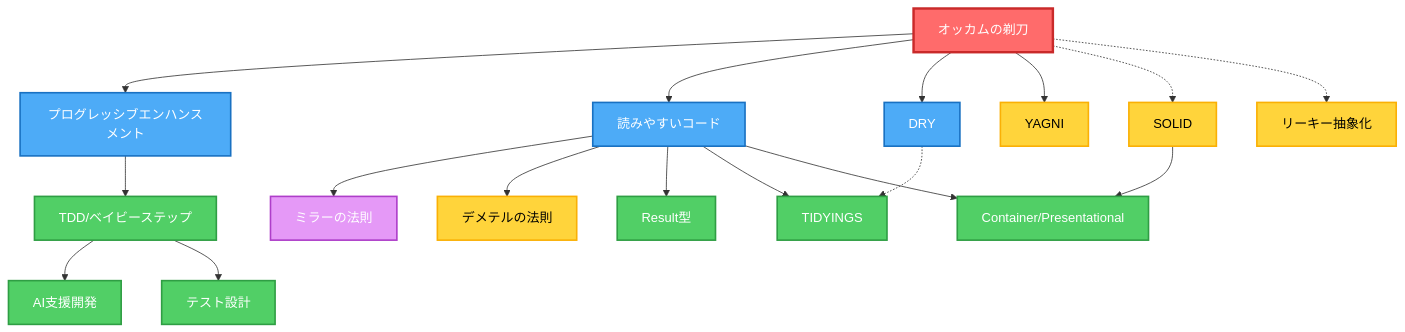
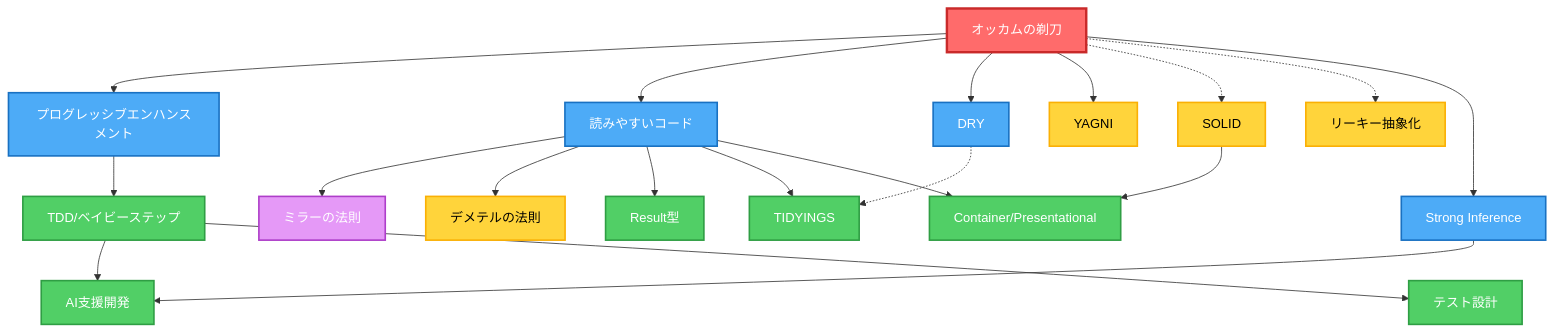
The diagram in .ja/rules/PRINCIPLES.md (thkt/dotclaude), drawn with Mermaid before and after one commit. The commit also changed other lines of this file and 9 other files, not shown here.

First line of the commit message:
feat(principles): integrate Strong Inference into commands, rules, and debug protocol

````diff
--- a/.ja/rules/PRINCIPLES.md
+++ b/.ja/rules/PRINCIPLES.md
@@ -23,47 +24,50 @@
 ```mermaid
 graph TD
     %% === ノード定義（階層別） ===
     OR[オッカムの剃刀]
     PE[プログレッシブエンハンスメント]
     RC[読みやすいコード]
     DRY[DRY]
     YAGNI[YAGNI]
     SOLID[SOLID]
     LA[リーキー抽象化]
     ML[ミラーの法則]
     LoD[デメテルの法則]
     TDD[TDD/ベイビーステップ]
     CP[Container/Presentational]
     TIDY[TIDYINGS]
     AI[AI支援開発]
     TD[テスト設計]
     RT[Result型]
+    SI[Strong Inference]
 
     %% === エッジ（オッカムの剃刀から） ===
     OR --> PE & RC & DRY
     OR --> YAGNI
     OR -.-> SOLID & LA
+    OR --> SI
 
     %% === エッジ（普遍的原則から） ===
     RC --> ML & LoD
     PE --> TDD
     RC --> RT & TIDY & CP
     DRY -.-> TIDY
     SOLID --> CP
+    SI --> AI
 
     %% === エッジ（適用プラクティスから） ===
     TDD --> AI & TD
 
     %% === スタイル ===
     classDef meta fill:#ff6b6b,stroke:#c92a2a,stroke-width:3px,color:#fff
     classDef universal fill:#4dabf7,stroke:#1971c2,stroke-width:2px,color:#fff
     classDef applied fill:#51cf66,stroke:#2f9e44,stroke-width:2px,color:#fff
     classDef contextual fill:#ffd43b,stroke:#fab005,stroke-width:2px,color:#000
     classDef scientific fill:#e599f7,stroke:#ae3ec9,stroke-width:2px,color:#fff
 
     class OR meta
-    class PE,RC,DRY universal
+    class PE,RC,DRY,SI universal
     class TDD,CP,TIDY,AI,TD,RT applied
     class SOLID,YAGNI,LoD,LA contextual
     class ML scientific
 ```
````
